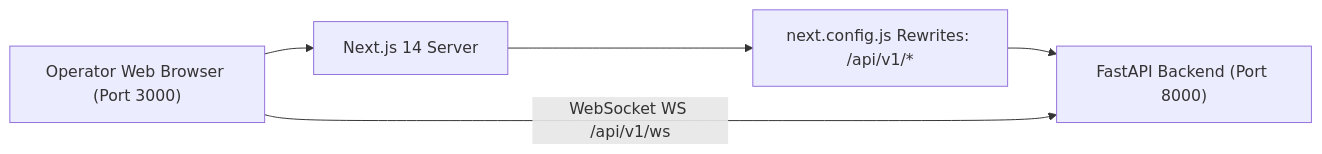
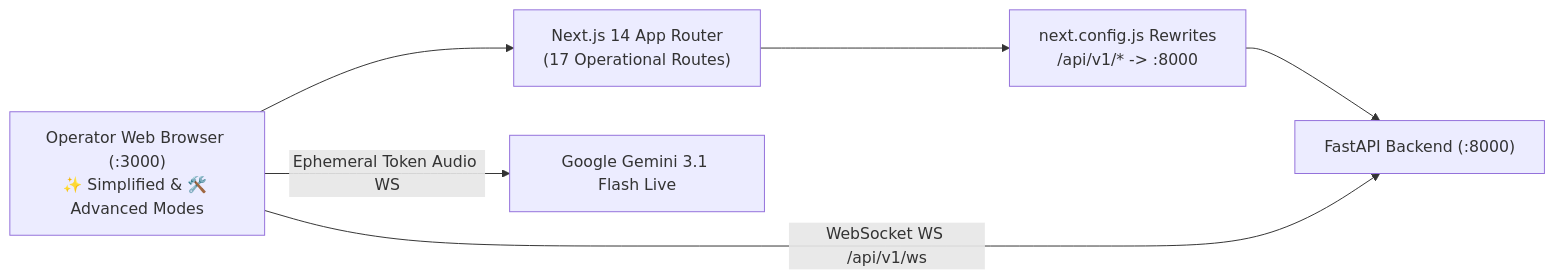
The diagram in assets docs/setup/04-dashboard-frontend-setup.md (naborajs/wb-agent), drawn with Mermaid before and after one commit. The commit also changed other lines of this file and 8 other files, not shown here.

````diff
--- a/assets docs/setup/04-dashboard-frontend-setup.md
+++ b/assets docs/setup/04-dashboard-frontend-setup.md
@@ -21,7 +22,8 @@
 ```mermaid
 flowchart LR
-    Browser["Operator Web Browser (Port 3000)"] --> Next["Next.js 14 Server"]
-    Next --> Rewrite["next.config.js Rewrites: /api/v1/*"]
-    Rewrite --> API["FastAPI Backend (Port 8000)"]
+    Browser["Operator Web Browser (:3000)\n✨ Simplified & 🛠️ Advanced Modes"] --> Next["Next.js 14 App Router\n(17 Operational Routes)"]
+    Next --> Rewrite["next.config.js Rewrites\n/api/v1/* -> :8000"]
+    Rewrite --> API["FastAPI Backend (:8000)"]
     Browser -->|WebSocket WS /api/v1/ws| API
+    Browser -->|Ephemeral Token Audio WS| Gemini["Google Gemini 3.1 Flash Live"]
 ```
````
